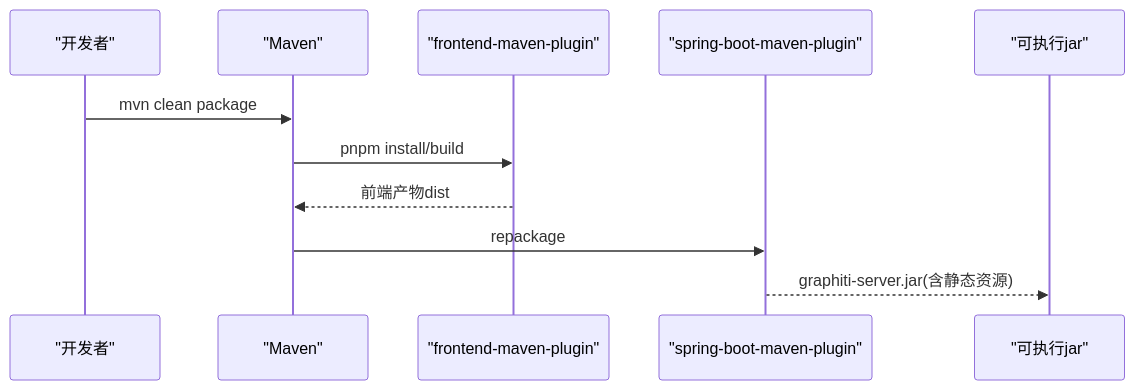
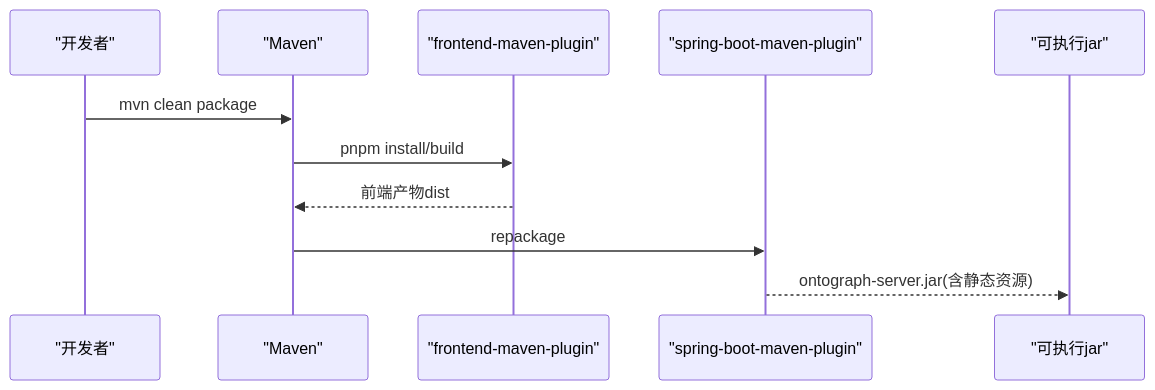
The sixth of 7 diagrams in docs/manual/架构设计/模块化设计/模块化设计.md (joezxh/graphiti-java), drawn with Mermaid before and after one commit. The commit also changed other lines of this file and 200 other files, not shown here.

````diff
--- a/docs/manual/架构设计/模块化设计/模块化设计.md
+++ b/docs/manual/架构设计/模块化设计/模块化设计.md
@@ -269,13 +269,13 @@
 ```mermaid
 sequenceDiagram
 participant Dev as "开发者"
 participant MVN as "Maven"
 participant FE as "frontend-maven-plugin"
 participant SB as "spring-boot-maven-plugin"
 participant Jar as "可执行jar"
 Dev->>MVN : mvn clean package
 MVN->>FE : pnpm install/build
 FE-->>MVN : 前端产物dist
 MVN->>SB : repackage
-SB-->>Jar : graphiti-server.jar(含静态资源)
+SB-->>Jar : ontograph-server.jar(含静态资源)
 ```
````
